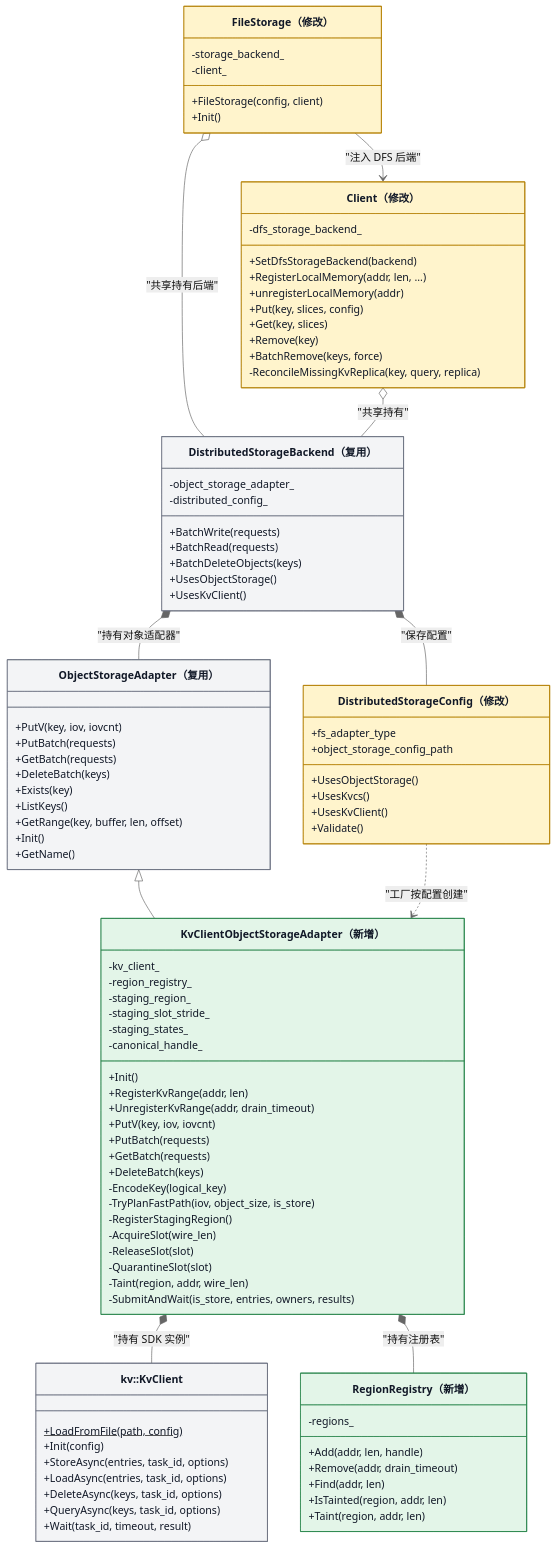
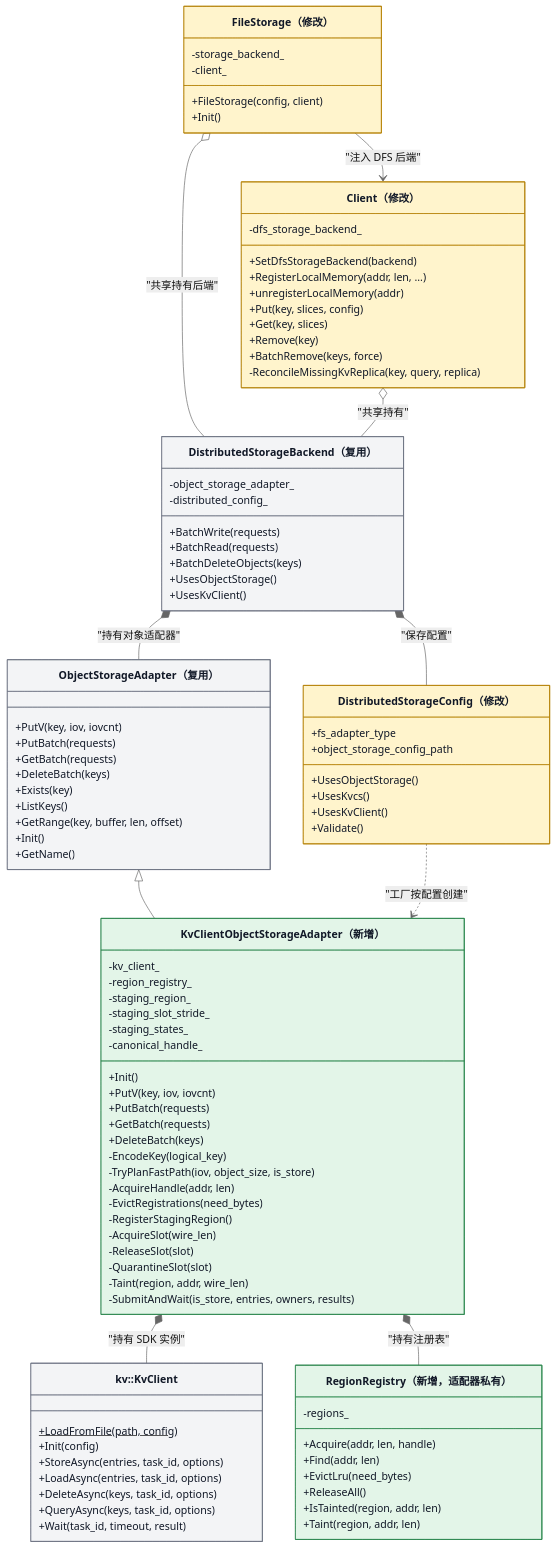
Before and after one commit to zwj20000328-dotcom/Mooncake-documents: the second of 13 diagrams in Mooncake + KVClient L3 接入（Kvcs）- v3.md, drawn with Mermaid (neutral theme). The commit also changed other lines of this file, not shown here.

First line of the commit message:
docs: register original buffers inside the adapter, not through Client

```diff
--- a/Mooncake + KVClient L3 接入（Kvcs）- v3.md
+++ b/Mooncake + KVClient L3 接入（Kvcs）- v3.md
@@ -188,14 +186,14 @@
         -staging_states_
         -canonical_handle_
         +Init()
-        +RegisterKvRange(addr, len)
-        +UnregisterKvRange(addr, drain_timeout)
         +PutV(key, iov, iovcnt)
         +PutBatch(requests)
         +GetBatch(requests)
         +DeleteBatch(keys)
         -EncodeKey(logical_key)
         -TryPlanFastPath(iov, object_size, is_store)
+        -AcquireHandle(addr, len)
+        -EvictRegistrations(need_bytes)
         -RegisterStagingRegion()
         -AcquireSlot(wire_len)
         -ReleaseSlot(slot)
@@ -204,11 +202,12 @@
         -SubmitAndWait(is_store, entries, owners, results)
     }
 
-    class RegionRegistry["RegionRegistry（新增）"] {
+    class RegionRegistry["RegionRegistry（新增，适配器私有）"] {
         -regions_
-        +Add(addr, len, handle)
-        +Remove(addr, drain_timeout)
+        +Acquire(addr, len, handle)
         +Find(addr, len)
+        +EvictLru(need_bytes)
+        +ReleaseAll()
         +IsTainted(region, addr, len)
         +Taint(region, addr, len)
     }
```
